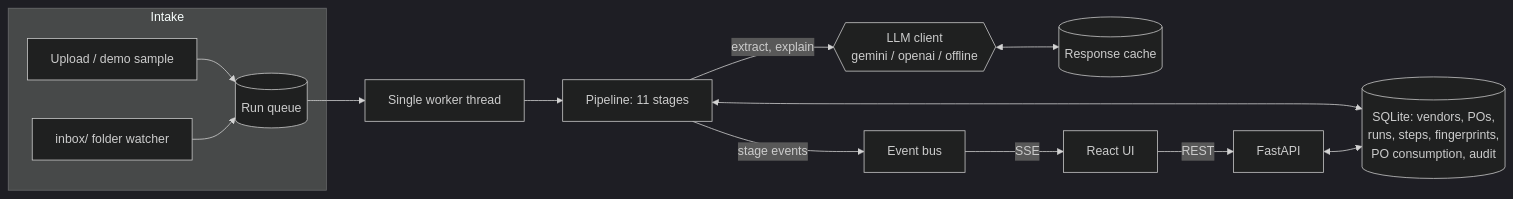
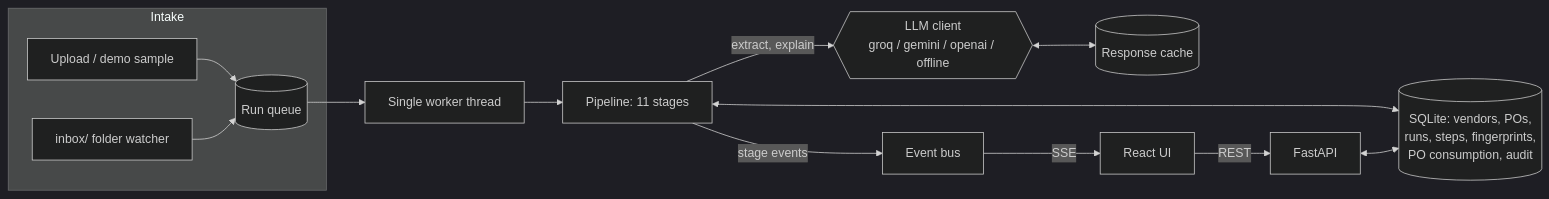
One commit to thisissam-1706/InvoiceIQ changed the diagram in README.md. Above: the diagram before and after it, drawn with Mermaid (dark theme). The commit also changed other lines of this file and 9 other files, not shown here.

````diff
--- a/README.md
+++ b/README.md
@@ -54,16 +55,16 @@
 ```mermaid
 flowchart LR
     subgraph Intake
         U[Upload / demo sample] --> Q
         I[inbox/ folder watcher] --> Q
     end
     Q[(Run queue)] --> W[Single worker thread]
     W --> P[Pipeline: 11 stages]
-    P -->|extract, explain| L{{LLM client<br/>gemini / openai / offline}}
+    P -->|extract, explain| L{{LLM client<br/>groq / gemini / openai / offline}}
     L <--> C[(Response cache)]
     P <--> DB[(SQLite: vendors, POs,<br/>runs, steps, fingerprints,<br/>PO consumption, audit)]
     P -->|stage events| E[Event bus]
     E -->|SSE| UI[React UI]
     UI -->|REST| API[FastAPI]
     API <--> DB
 ```
````
